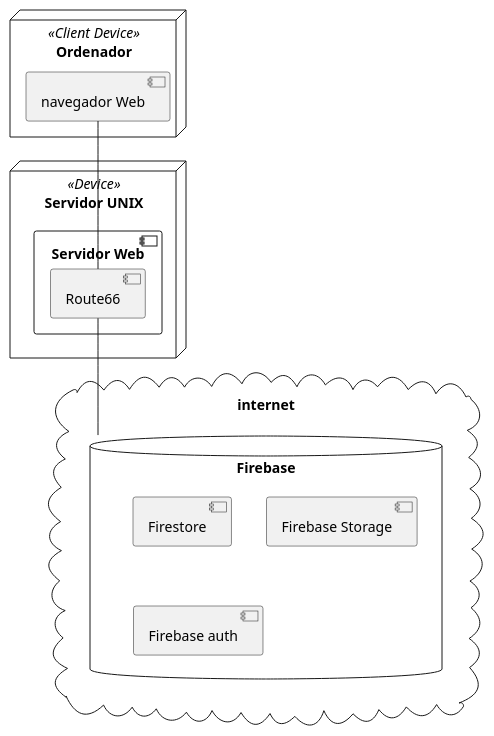
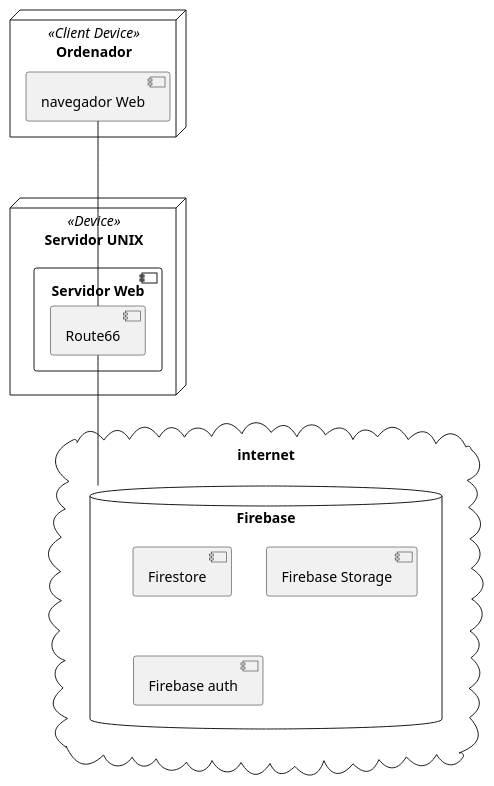
One commit to Cramer-0xbit/route66-plantuml changed the diagram in despliegue.wsd. Above: the diagram before and after it, drawn with PlantUML. The commit also changed 6 other files, not shown here.

```diff
--- a/despliegue.wsd
+++ b/despliegue.wsd
@@ -1,20 +1,20 @@
 @startuml
 node "Ordenador" as Ordenador <<Client Device>>{
     component "navegador Web"  as browser   
 }
 
 node "Servidor UNIX" as Servidor  <<Device>>{
     component "Servidor Web"{
         component "Route66" as app
     }
 }
 cloud internet{
 database "Firebase" as firebase {
         component "Firestore" as firesotre
         component "Firebase Storage" as storage
         component "Firebase auth" as auth
     }
 }
-browser-down-app
-app-down-firebase
+browser-down--app
+app-down--firebase
 @enduml
```
